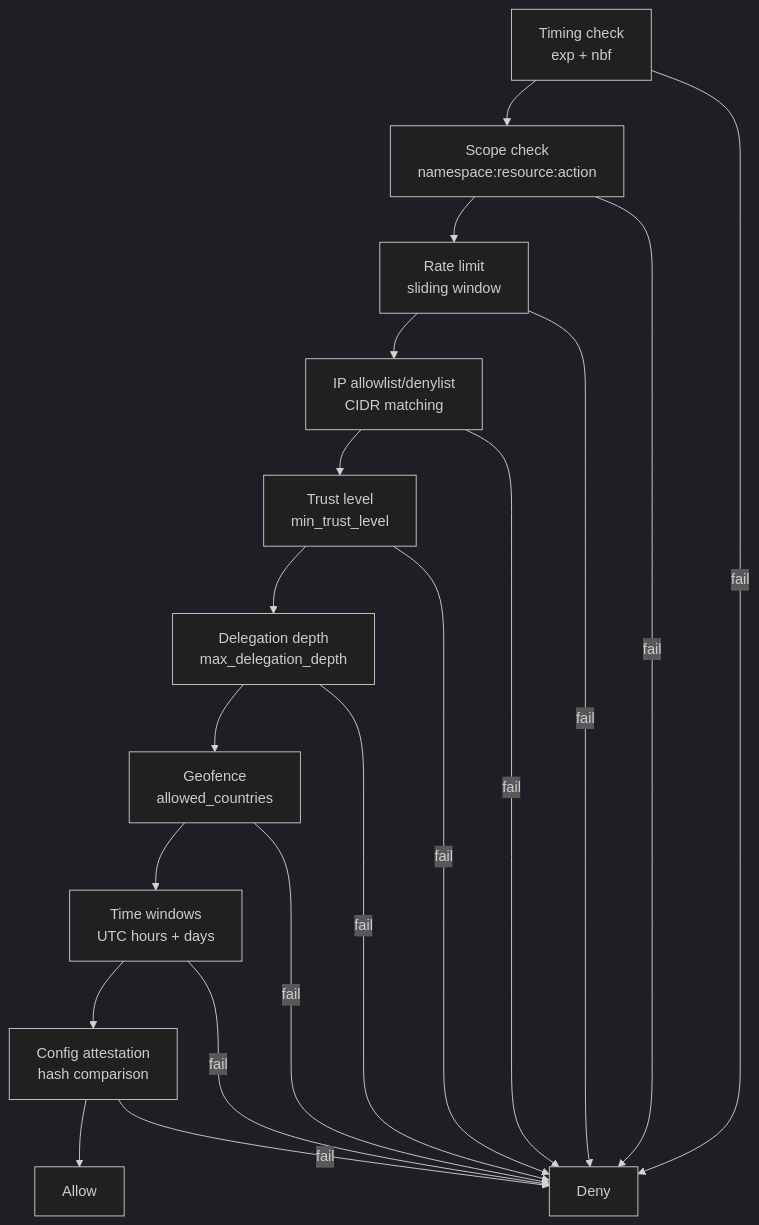
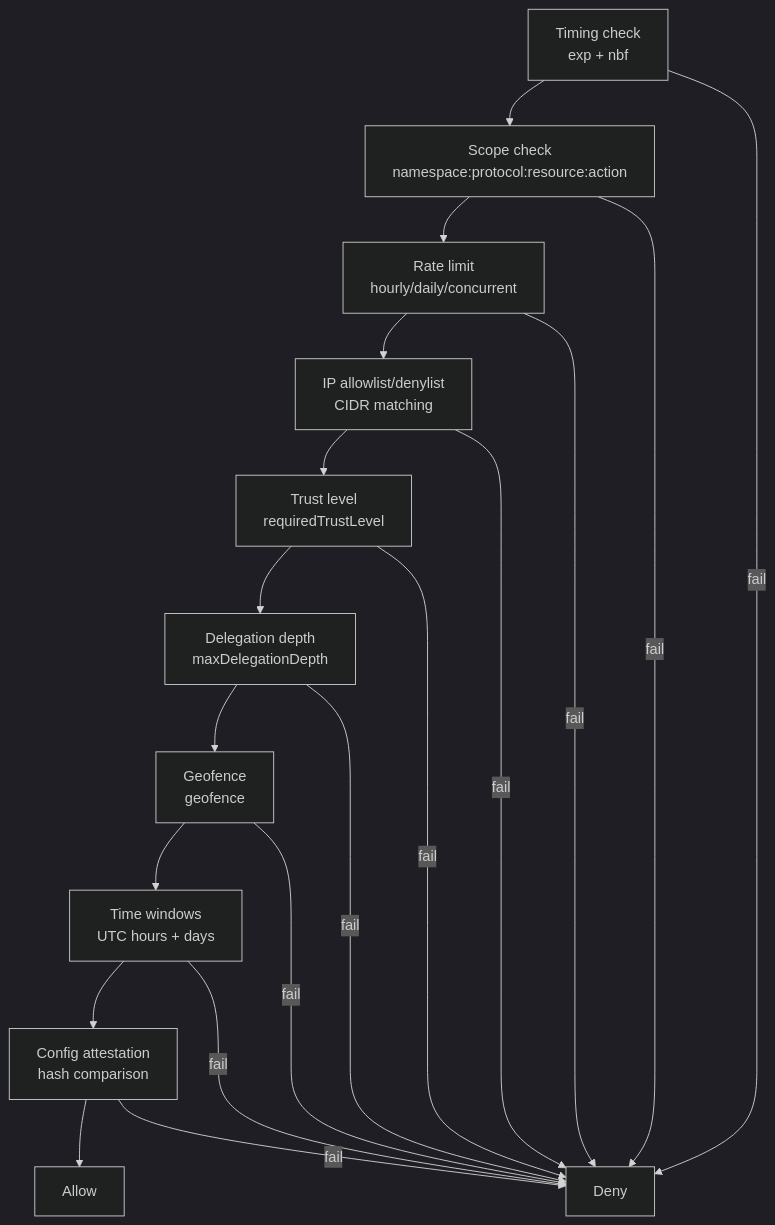
The seventh of 8 diagrams in docs/concepts.md (techblaze-au/idprova), drawn with Mermaid (dark theme) before and after one commit. The commit also changed other lines of this file, not shown here.

````diff
--- a/docs/concepts.md
+++ b/docs/concepts.md
@@ -362,21 +365,21 @@
 ```mermaid
 flowchart TD
-    T[Timing check<br/>exp + nbf] --> S[Scope check<br/>namespace:resource:action]
-    S --> C1[Rate limit<br/>sliding window]
+    T[Timing check<br/>exp + nbf] --> S[Scope check<br/>namespace:protocol:resource:action]
+    S --> C1[Rate limit<br/>hourly/daily/concurrent]
     C1 --> C2[IP allowlist/denylist<br/>CIDR matching]
-    C2 --> C3[Trust level<br/>min_trust_level]
-    C3 --> C4[Delegation depth<br/>max_delegation_depth]
-    C4 --> C5[Geofence<br/>allowed_countries]
+    C2 --> C3[Trust level<br/>requiredTrustLevel]
+    C3 --> C4[Delegation depth<br/>maxDelegationDepth]
+    C4 --> C5[Geofence<br/>geofence]
     C5 --> C6[Time windows<br/>UTC hours + days]
     C6 --> C7[Config attestation<br/>hash comparison]
     C7 --> ALLOW[Allow]
     T -->|fail| DENY
     S -->|fail| DENY
     C1 -->|fail| DENY
     C2 -->|fail| DENY
     C3 -->|fail| DENY
     C4 -->|fail| DENY
     C5 -->|fail| DENY
     C6 -->|fail| DENY
     C7 -->|fail| DENY[Deny]
 ```
````
